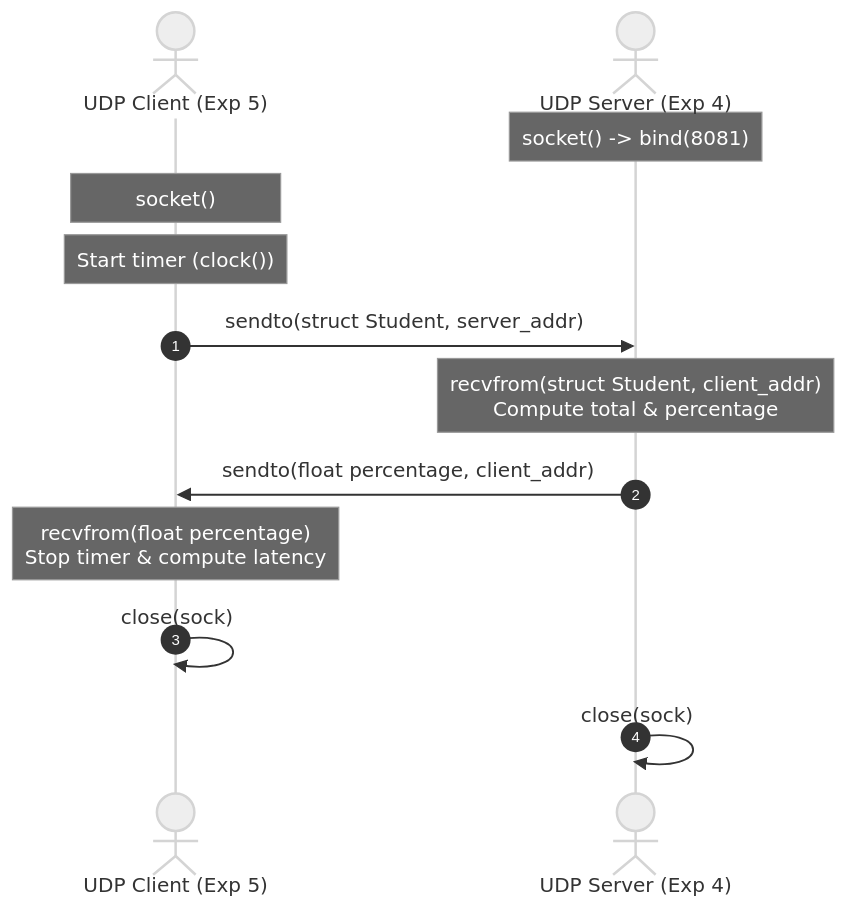
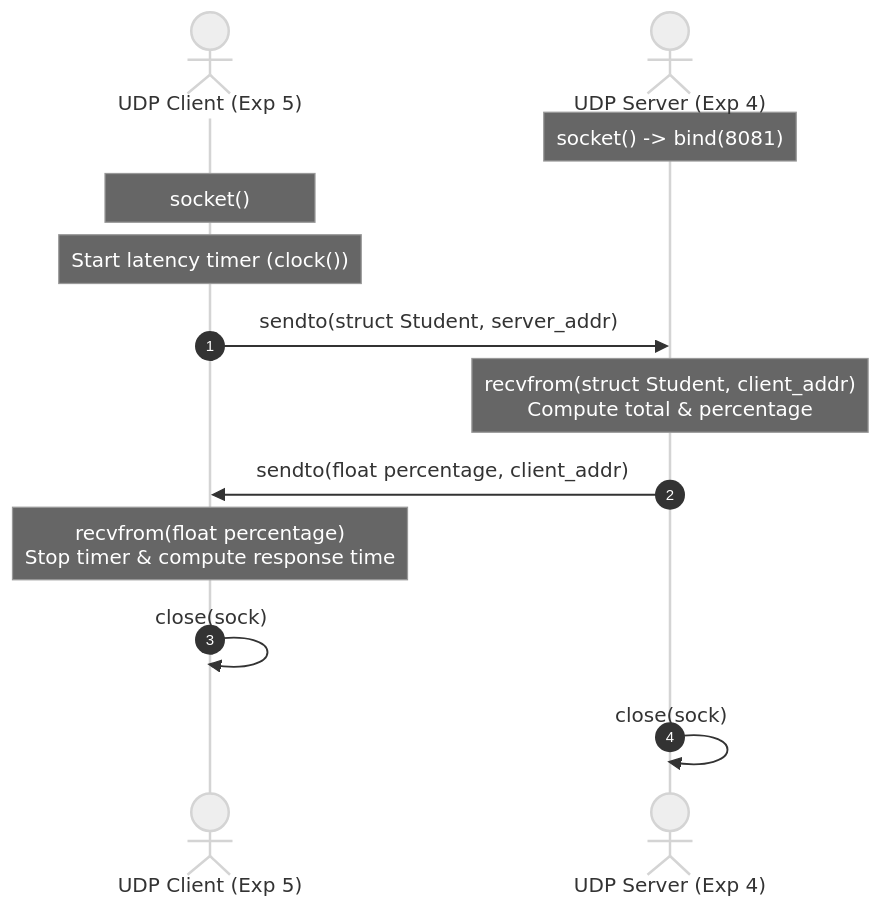
One commit to jashchauhan06/cn changed the second of 3 diagrams in README.md. Above: the diagram before and after it, drawn with Mermaid (neutral theme). The commit also changed other lines of this file and 9 other files, not shown here.

````diff
--- a/README.md
+++ b/README.md
@@ -109,18 +133,18 @@
 ```mermaid
 sequenceDiagram
     autonumber
     actor Client as UDP Client (Exp 5)
     actor Server as UDP Server (Exp 4)
 
     Note over Server: socket() -> bind(8081)
     Note over Client: socket()
     
-    Note over Client: Start timer (clock())
+    Note over Client: Start latency timer (clock())
     Client->>Server: sendto(struct Student, server_addr)
     Note over Server: recvfrom(struct Student, client_addr)<br/>Compute total & percentage
     Server->>Client: sendto(float percentage, client_addr)
-    Note over Client: recvfrom(float percentage)<br/>Stop timer & compute latency
+    Note over Client: recvfrom(float percentage)<br/>Stop timer & compute response time
 
     Client->>Client: close(sock)
     Server->>Server: close(sock)
 ```
````
